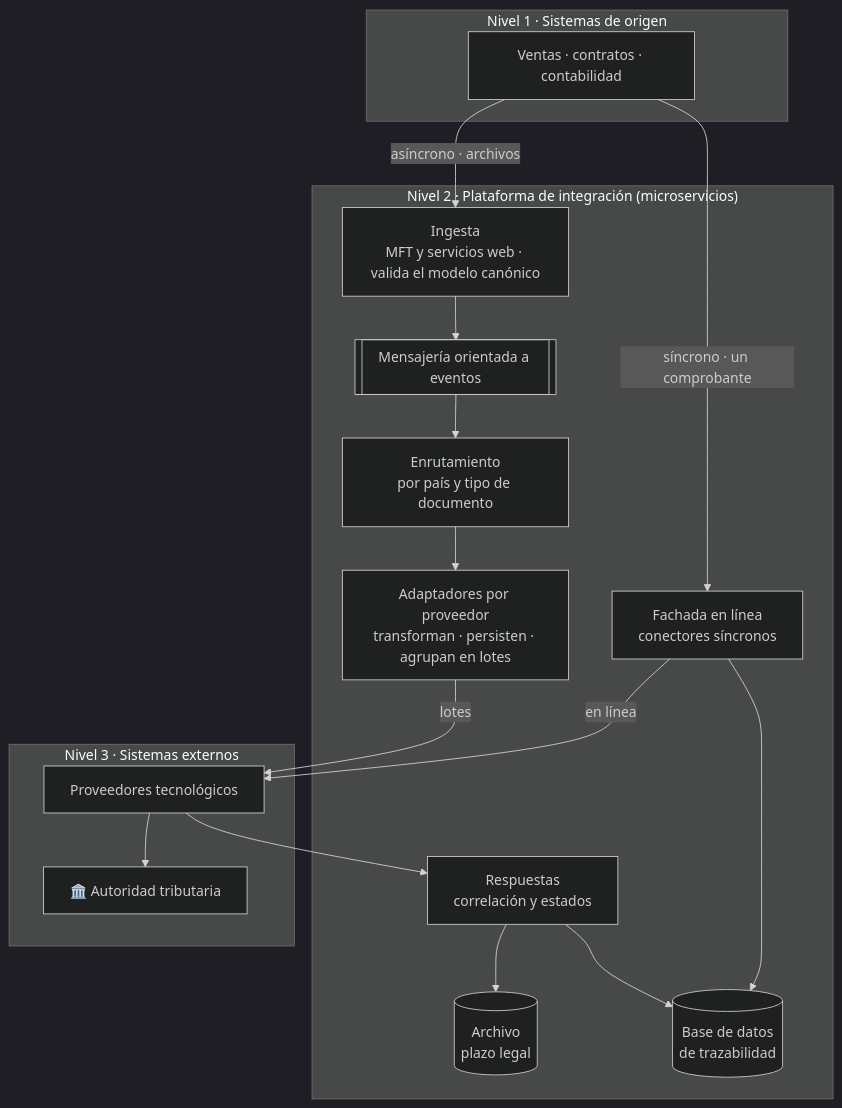
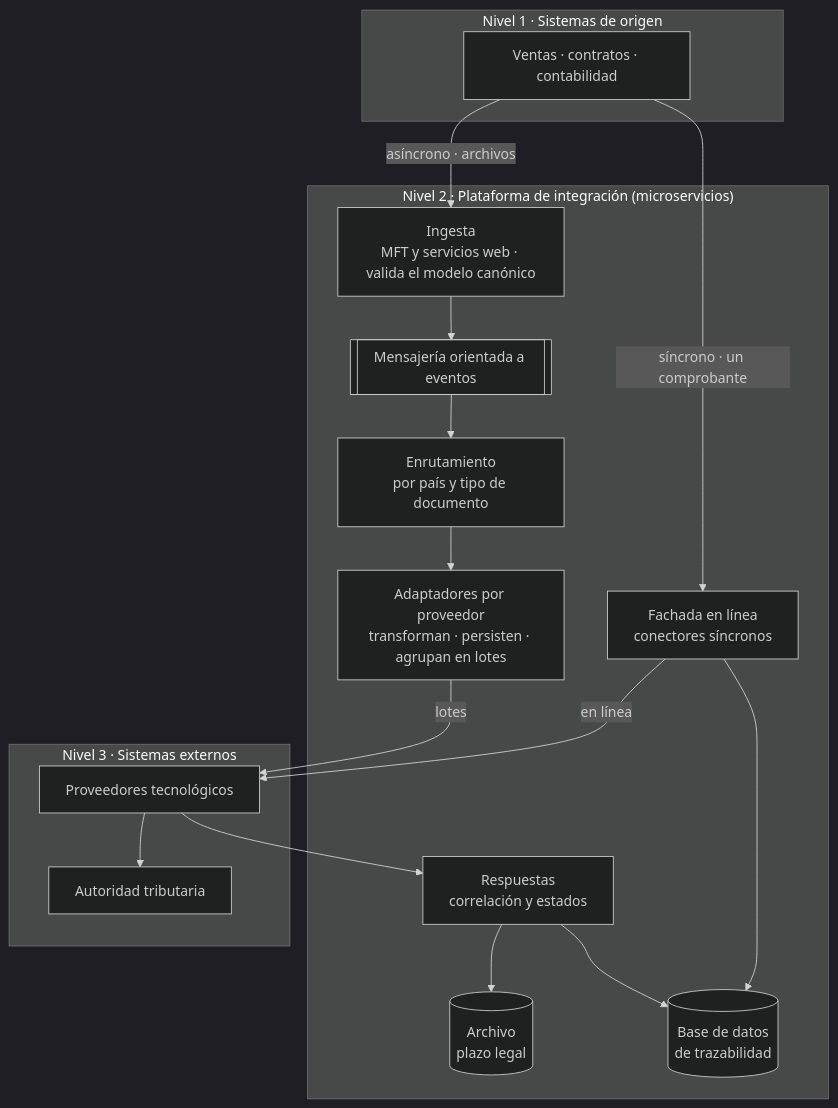
Before and after one commit to AlejoTechEngineer/veriagent-einvoice-latam: the third of 4 diagrams in entrega-1-borrador-inicial/README.md, drawn with Mermaid (dark theme). The commit also changed other lines of this file and 2 other files, not shown here.

````diff
--- a/entrega-1-borrador-inicial/README.md
+++ b/entrega-1-borrador-inicial/README.md
@@ -218,33 +218,33 @@
 ```mermaid
 flowchart TD
     subgraph N1["Nivel 1 · Sistemas de origen"]
         SO["Ventas · contratos · contabilidad"]
     end
 
     subgraph N2["Nivel 2 · Plataforma de integración (microservicios)"]
         IG["Ingesta<br/>MFT y servicios web · valida el modelo canónico"]
         MQ[["Mensajería orientada a eventos"]]
         EN["Enrutamiento<br/>por país y tipo de documento"]
         AD["Adaptadores por proveedor<br/>transforman · persisten · agrupan en lotes"]
         FL["Fachada en línea<br/>conectores síncronos"]
         RS["Respuestas<br/>correlación y estados"]
         AR[("Archivo<br/>plazo legal")]
         DB[("Base de datos<br/>de trazabilidad")]
     end
 
     subgraph N3["Nivel 3 · Sistemas externos"]
         PT["Proveedores tecnológicos"]
-        AT["🏛️ Autoridad tributaria"]
+        AT["Autoridad tributaria"]
     end
 
     SO -->|"asíncrono · archivos"| IG
     SO -->|"síncrono · un comprobante"| FL
     IG --> MQ --> EN --> AD
     AD -->|lotes| PT
     FL -->|en línea| PT
     PT --> AT
     PT --> RS
     RS --> DB
     FL --> DB
     RS --> AR
 ```
````
